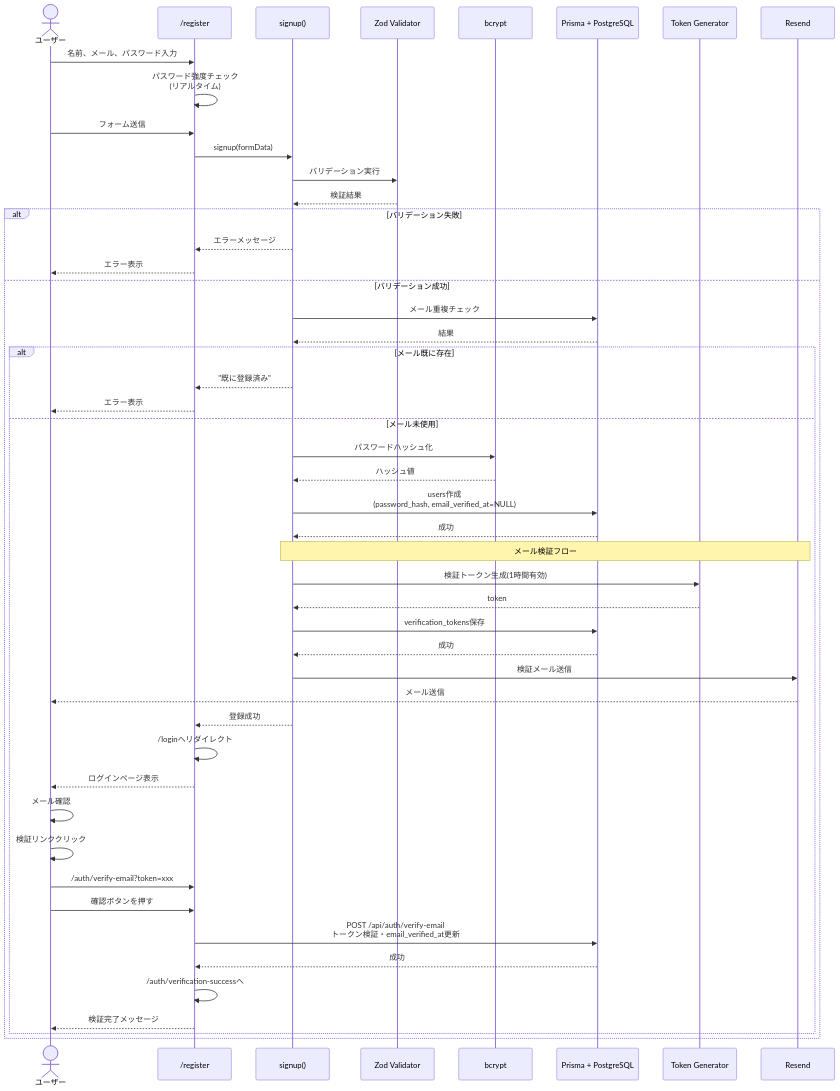
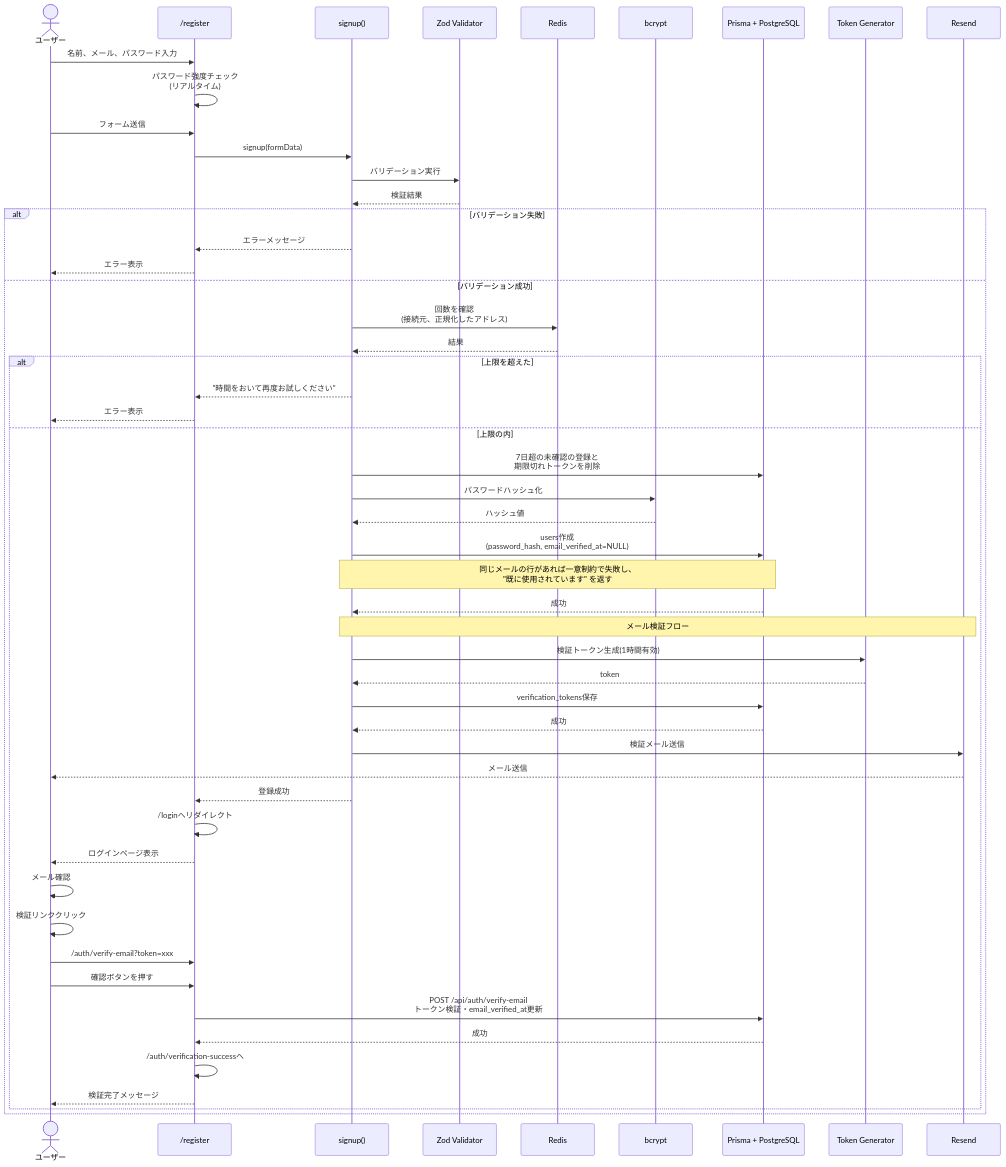
Before and after one commit to kazumadev619-dev/FishingConditionsApp: the second of 11 diagrams in docs/reference/authentication-diagrams.md, drawn with Mermaid. The commit also changed 6 other files, not shown here.

````diff
--- a/docs/reference/authentication-diagrams.md
+++ b/docs/reference/authentication-diagrams.md
@@ -62,60 +62,63 @@
 ```mermaid
 sequenceDiagram
     actor User as ユーザー
     participant UI as /register
     participant Action as signup()
     participant Validation as Zod Validator
+    participant Redis as Redis
     participant Bcrypt as bcrypt
     participant DB as Prisma + PostgreSQL
     participant Token as Token Generator
     participant Email as Resend
 
     User->>UI: 名前、メール、パスワード入力
     UI->>UI: パスワード強度チェック<br/>(リアルタイム)
     User->>UI: フォーム送信
     UI->>Action: signup(formData)
 
     Action->>Validation: バリデーション実行
     Validation-->>Action: 検証結果
 
     alt バリデーション失敗
         Action-->>UI: エラーメッセージ
         UI-->>User: エラー表示
     else バリデーション成功
-        Action->>DB: メール重複チェック
-        DB-->>Action: 結果
+        Action->>Redis: 回数を確認<br/>(接続元、正規化したアドレス)
+        Redis-->>Action: 結果
 
-        alt メール既に存在
-            Action-->>UI: "既に登録済み"
+        alt 上限を超えた
+            Action-->>UI: "時間をおいて再度お試しください"
             UI-->>User: エラー表示
-        else メール未使用
+        else 上限の内
+            Action->>DB: 7日超の未確認の登録と<br/>期限切れトークンを削除
             Action->>Bcrypt: パスワードハッシュ化
             Bcrypt-->>Action: ハッシュ値
 
             Action->>DB: users作成<br/>(password_hash, email_verified_at=NULL)
+            Note over Action,DB: 同じメールの行があれば一意制約で失敗し、<br/>"既に使用されています" を返す
             DB-->>Action: 成功
 
             Note over Action,Email: メール検証フロー
             Action->>Token: 検証トークン生成(1時間有効)
             Token-->>Action: token
             Action->>DB: verification_tokens保存
             DB-->>Action: 成功
 
             Action->>Email: 検証メール送信
             Email-->>User: メール送信
 
             Action-->>UI: 登録成功
             UI->>UI: /loginへリダイレクト
             UI-->>User: ログインページ表示
 
             User->>User: メール確認
             User->>User: 検証リンククリック
             User->>UI: /auth/verify-email?token=xxx
             User->>UI: 確認ボタンを押す
             UI->>DB: POST /api/auth/verify-email<br/>トークン検証・email_verified_at更新
             DB-->>UI: 成功
             UI->>UI: /auth/verification-successへ
             UI-->>User: 検証完了メッセージ
         end
     end
 ```
````
